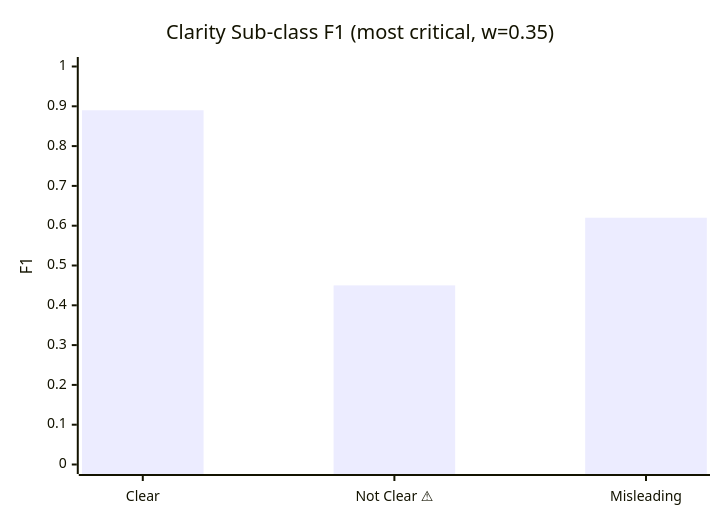
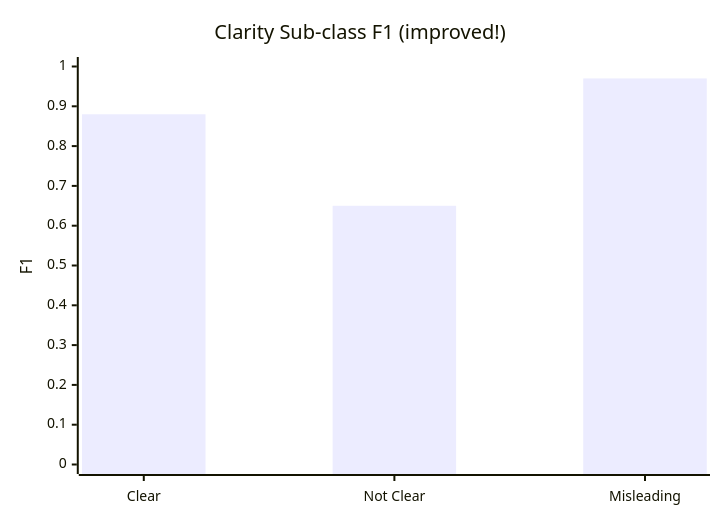
The second of 2 diagrams in PROJECT_STATUS.md (fylel/ESG-Sustainability-Commitment-Verification-Competition-2026), drawn with Mermaid before and after one commit. The commit also changed other lines of this file, not shown here.

````diff
--- a/PROJECT_STATUS.md
+++ b/PROJECT_STATUS.md
@@ -111,7 +112,7 @@
 ```mermaid
 xychart-beta
-    title "Clarity Sub-class F1 (most critical, w=0.35)"
-    x-axis ["Clear", "Not Clear ⚠", "Misleading"]
+    title "Clarity Sub-class F1 (improved!)"
+    x-axis ["Clear", "Not Clear", "Misleading"]
     y-axis "F1" 0 --> 1
-    bar [0.890, 0.450, 0.620]
+    bar [0.880, 0.650, 0.970]
 ```
````
